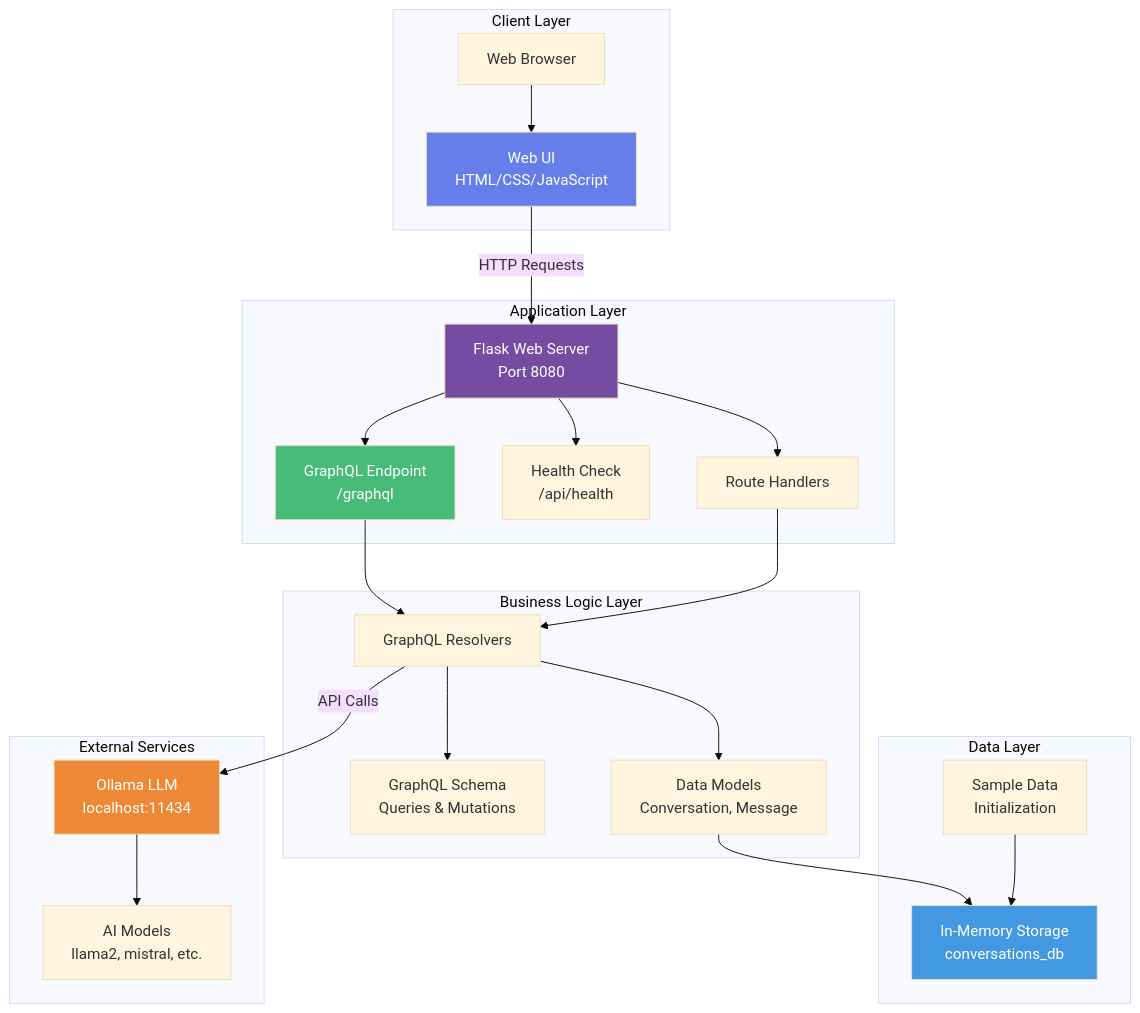
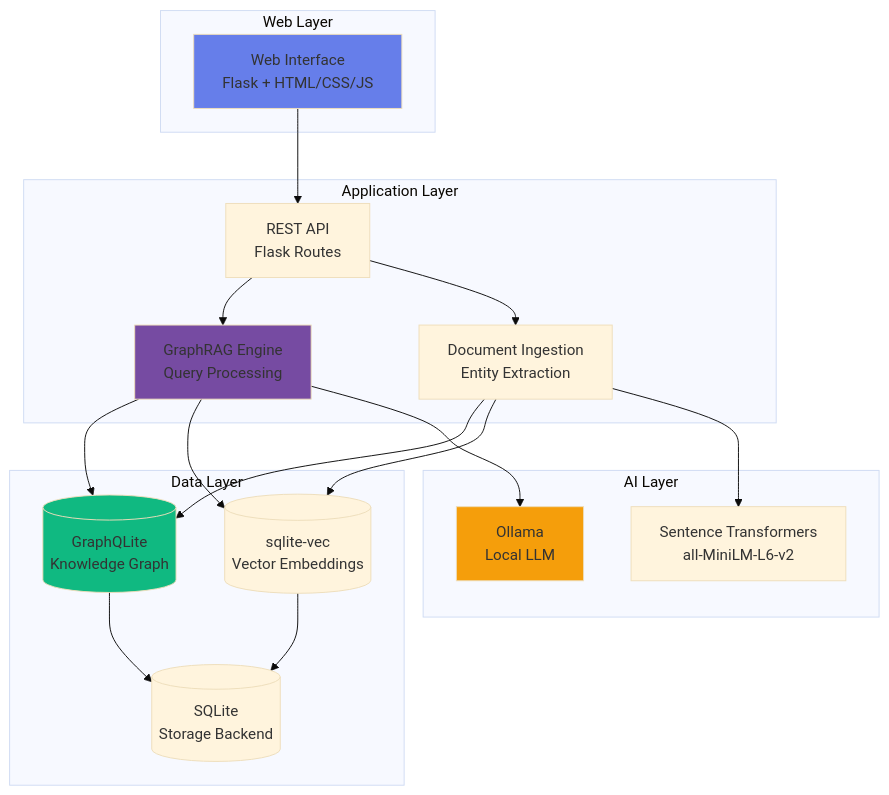
The first of 3 diagrams in Docs/architecture.md (aairom/graphqlite-testdev), drawn with Mermaid (base theme) before and after one commit. The commit also changed other lines of this file and 30 other files, not shown here.

````diff
--- a/Docs/architecture.md
+++ b/Docs/architecture.md
@@ -9,54 +9,40 @@
 ```mermaid
 graph TB
-    subgraph "Client Layer"
-        UI[Web UI<br/>HTML/CSS/JavaScript]
-        Browser[Web Browser]
+    subgraph "Web Layer"
+        UI[Web Interface<br/>Flask + HTML/CSS/JS]
     end
-
+    
     subgraph "Application Layer"
-        Flask[Flask Web Server<br/>Port 8080]
-        GraphQL[GraphQL Endpoint<br/>/graphql]
-        Health[Health Check<br/>/api/health]
-        Routes[Route Handlers]
+        API[REST API<br/>Flask Routes]
+        GraphRAG[GraphRAG Engine<br/>Query Processing]
+        Ingest[Document Ingestion<br/>Entity Extraction]
     end
-
-    subgraph "Business Logic Layer"
-        Resolvers[GraphQL Resolvers]
-        Schema[GraphQL Schema<br/>Queries & Mutations]
-        DataModels[Data Models<br/>Conversation, Message]
+    
+    subgraph "Data Layer"
+        Graph[(GraphQLite<br/>Knowledge Graph)]
+        Vec[(sqlite-vec<br/>Vector Embeddings)]
+        SQLite[(SQLite<br/>Storage Backend)]
     end
-
-    subgraph "Data Layer"
-        Memory[In-Memory Storage<br/>conversations_db]
-        MockData[Sample Data<br/>Initialization]
+    
+    subgraph "AI Layer"
+        Embed[Sentence Transformers<br/>all-MiniLM-L6-v2]
+        LLM[Ollama<br/>Local LLM]
     end
-
-    subgraph "External Services"
-        Ollama[Ollama LLM<br/>localhost:11434]
-        Models[AI Models<br/>llama2, mistral, etc.]
-    end
-
-    Browser --> UI
-    UI -->|HTTP Requests| Flask
-    Flask --> GraphQL
-    Flask --> Health
-    Flask --> Routes
     
-    GraphQL --> Resolvers
-    Routes --> Resolvers
+    UI --> API
+    API --> GraphRAG
+    API --> Ingest
+    GraphRAG --> Graph
+    GraphRAG --> Vec
+    GraphRAG --> LLM
+    Ingest --> Graph
+    Ingest --> Vec
+    Ingest --> Embed
+    Graph --> SQLite
+    Vec --> SQLite
     
-    Resolvers --> Schema
-    Resolvers --> DataModels
-    Resolvers -->|API Calls| Ollama
-    
-    DataModels --> Memory
-    MockData --> Memory
-    
-    Ollama --> Models
-    
-    style UI fill:#667eea,color:#fff
-    style Flask fill:#764ba2,color:#fff
-    style GraphQL fill:#48bb78,color:#fff
-    style Ollama fill:#ed8936,color:#fff
-    style Memory fill:#4299e1,color:#fff
+    style UI fill:#667eea
+    style GraphRAG fill:#764ba2
+    style Graph fill:#10b981
+    style LLM fill:#f59e0b
 ```
````
